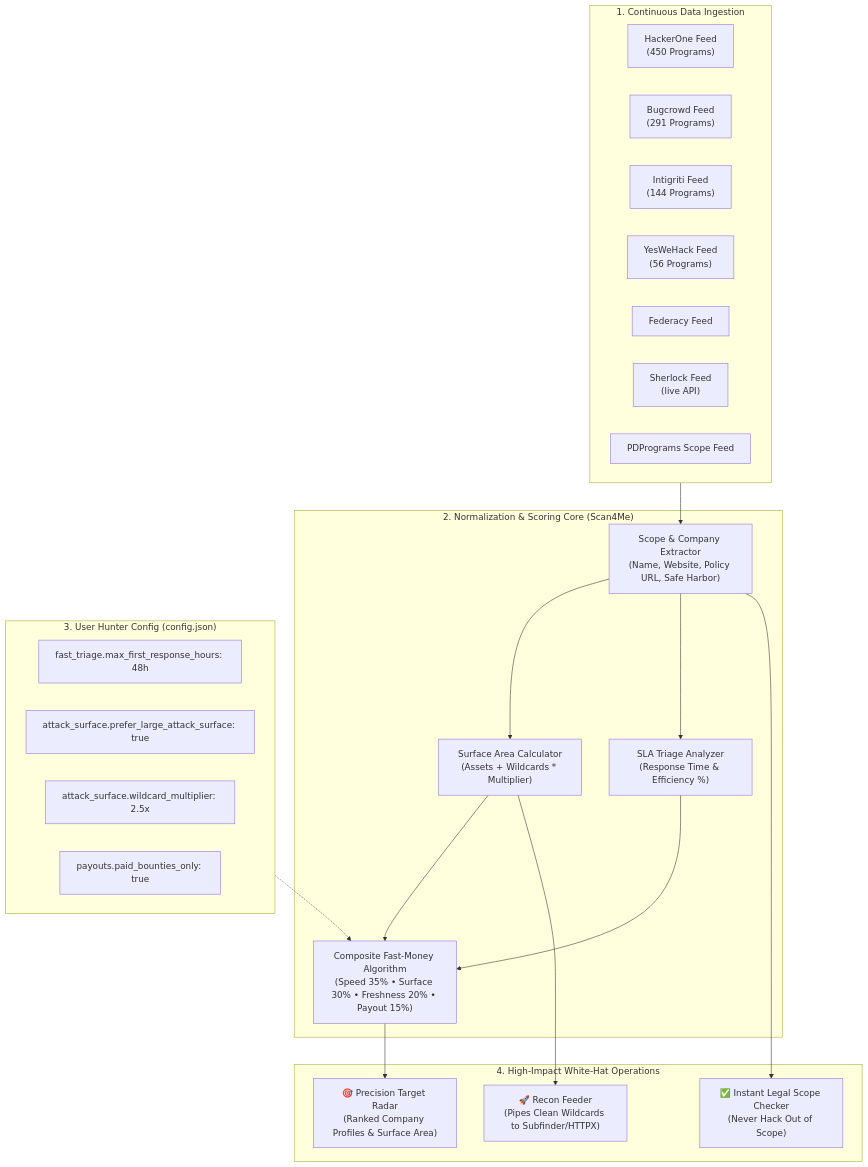
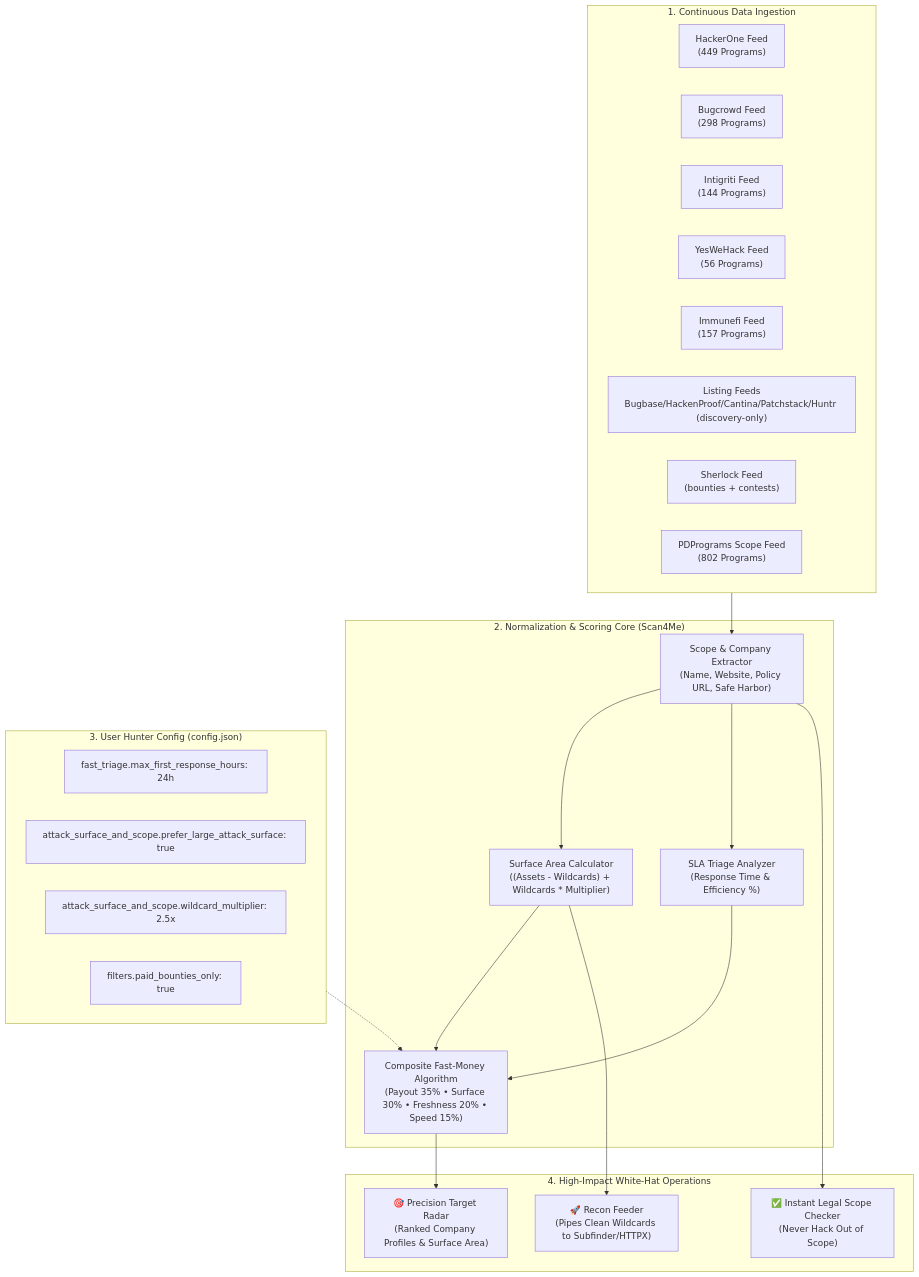
One commit to code-hunter-extreme/Scan4Me changed the diagram in README.md. Above: the diagram before and after it, drawn with Mermaid. The commit also changed other lines of this file and 5 other files, not shown here.

````diff
--- a/README.md
+++ b/README.md
@@ -15,42 +17,43 @@
 ```mermaid
 flowchart TD
     subgraph DATA_SOURCES["1. Continuous Data Ingestion"]
-        H1["HackerOne Feed\n(450 Programs)"]
-        BC["Bugcrowd Feed\n(291 Programs)"]
+        H1["HackerOne Feed\n(449 Programs)"]
+        BC["Bugcrowd Feed\n(298 Programs)"]
         INTI["Intigriti Feed\n(144 Programs)"]
         YWH["YesWeHack Feed\n(56 Programs)"]
-        FED["Federacy Feed"]
-        SHER["Sherlock Feed\n(live API)"]
-        PD["PDPrograms Scope Feed"]
+        IMM["Immunefi Feed\n(157 Programs)"]
+        LIST["Listing Feeds\nBugbase/HackenProof/Cantina/Patchstack/Huntr (discovery-only)"]
+        SHER["Sherlock Feed\n(bounties + contests)"]
+        PD["PDPrograms Scope Feed\n(802 Programs)"]
     end
 
     subgraph ENGINE["2. Normalization & Scoring Core (Scan4Me)"]
         PARSE["Scope & Company Extractor\n(Name, Website, Policy URL, Safe Harbor)"]
-        SURFACE["Surface Area Calculator\n(Assets + Wildcards * Multiplier)"]
+        SURFACE["Surface Area Calculator\n((Assets - Wildcards) + Wildcards * Multiplier)"]
         TRIAGE["SLA Triage Analyzer\n(Response Time & Efficiency %)"]
-        SCORE["Composite Fast-Money Algorithm\n(Speed 35% • Surface 30% • Freshness 20% • Payout 15%)"]
+        SCORE["Composite Fast-Money Algorithm\n(Payout 35% • Surface 30% • Freshness 20% • Speed 15%)"]
     end
 
     subgraph CONFIG["3. User Hunter Config (config.json)"]
-        CFG_SPEED["fast_triage.max_first_response_hours: 48h"]
-        CFG_SURF["attack_surface.prefer_large_attack_surface: true"]
-        CFG_WILD["attack_surface.wildcard_multiplier: 2.5x"]
-        CFG_PAID["payouts.paid_bounties_only: true"]
+        CFG_SPEED["fast_triage.max_first_response_hours: 24h"]
+        CFG_SURF["attack_surface_and_scope.prefer_large_attack_surface: true"]
+        CFG_WILD["attack_surface_and_scope.wildcard_multiplier: 2.5x"]
+        CFG_PAID["filters.paid_bounties_only: true"]
     end
 
     subgraph OUTPUT["4. High-Impact White-Hat Operations"]
         RADAR["🎯 Precision Target Radar\n(Ranked Company Profiles & Surface Area)"]
         CHECK["✅ Instant Legal Scope Checker\n(Never Hack Out of Scope)"]
         EXPORT["🚀 Recon Feeder\n(Pipes Clean Wildcards to Subfinder/HTTPX)"]
     end
 
     DATA_SOURCES --> PARSE
     PARSE --> SURFACE
     PARSE --> TRIAGE
     CONFIG -.-> SCORE
     SURFACE --> SCORE
     TRIAGE --> SCORE
     SCORE --> RADAR
     PARSE --> CHECK
     SURFACE --> EXPORT
 ```
````
